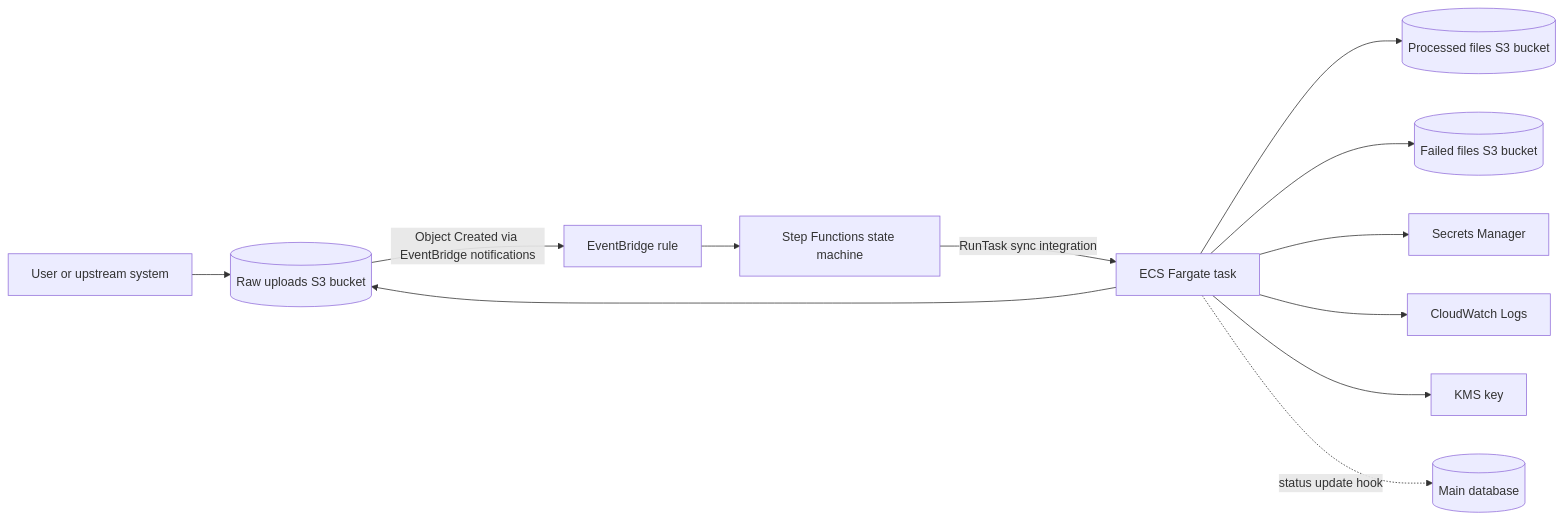
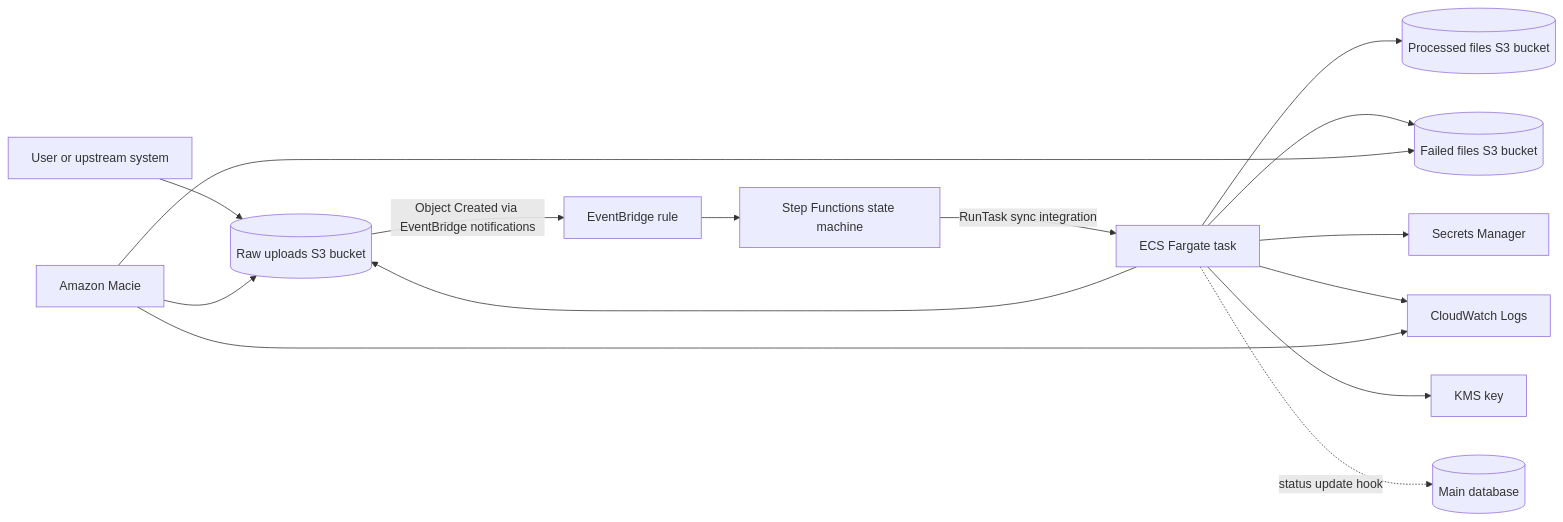
Before and after one commit to tukue/data-processing-infrastructure: the diagram in README.md, drawn with Mermaid. The commit also changed other lines of this file and 2 other files, not shown here.

Commit message:
Add Amazon Macie findings monitoring

````diff
--- a/README.md
+++ b/README.md
@@ -9,14 +9,17 @@
 ```mermaid
 flowchart LR
     user[User or upstream system] --> raw[(Raw uploads S3 bucket)]
     raw -->|Object Created via EventBridge notifications| rule[EventBridge rule]
     rule --> sfn[Step Functions state machine]
     sfn -->|RunTask sync integration| ecs[ECS Fargate task]
     ecs --> raw
     ecs --> processed[(Processed files S3 bucket)]
     ecs --> failed[(Failed files S3 bucket)]
     ecs --> secrets[Secrets Manager]
     ecs --> logs[CloudWatch Logs]
     ecs --> kms[KMS key]
+    macie[Amazon Macie] --> logs
+    macie --> raw
+    macie --> failed
     ecs -. status update hook .-> db[(Main database)]
 ```
````
